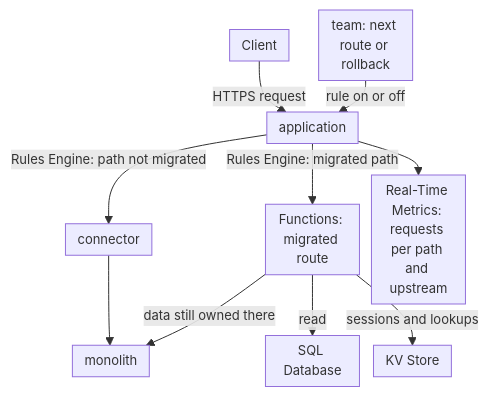
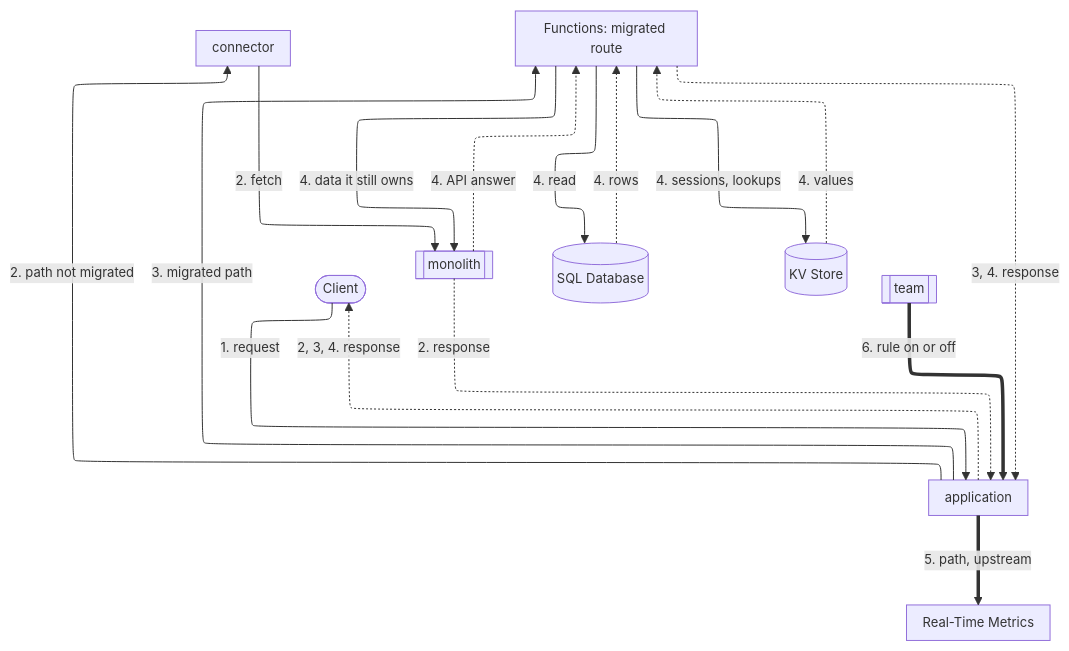
Before and after one commit to aziontech/docs: the diagram in apps/docs/src/content/docs/en/pages/architectures/edge-application/application-modernization.mdx, drawn with Mermaid. The commit also changed other lines of this file and 179 other files, not shown here.

Commit message:
docs(diagrams): redraw every other diagram in the use-case diagram style (#2513)

````diff
--- a/apps/docs/src/content/docs/en/pages/architectures/edge-application/application-modernization.mdx
+++ b/apps/docs/src/content/docs/en/pages/architectures/edge-application/application-modernization.mdx
@@ -18,13 +20,28 @@
 ```mermaid
-%%{init: {"layout": "dagre", "themeVariables": {"fontSize": "13px"}, "flowchart": {"nodeSpacing": 12, "rankSpacing": 12, "padding": 6, "wrappingWidth": 70, "minNodeWidth": 40, "useMaxWidth": true}}}%%
+%%{init: {"layout": "elk", "elk": {"cycleBreakingStrategy": "MODEL_ORDER"}, "themeVariables": {"fontSize": "13px"}, "flowchart": {"nodeSpacing": 24, "rankSpacing": 36, "padding": 8, "wrappingWidth": 150, "useMaxWidth": true}, "sequence": {"width": 120, "actorMargin": 30, "useMaxWidth": true}}}%%
 flowchart TD
-  Client["Client"] -->|"HTTPS request"| App["application"]
-  App -->|"Rules Engine: path not migrated"| Conn["connector"]
-  Conn --> Monolith["monolith"]
-  App -->|"Rules Engine: migrated path"| Fn["Functions: migrated route"]
-  Fn -->|"read"| SQL["SQL Database"]
-  Fn -->|"sessions and lookups"| KV["KV Store"]
-  Fn -->|"data still owned there"| Monolith
-  App --> Metrics["Real-Time Metrics: requests per path and upstream"]
-  Team["team: next route or rollback"] -->|"rule on or off"| App
+  Client(["Client"])
+  App["application"]
+  Conn["connector"]
+  Monolith[["monolith"]]
+  Fn["Functions: migrated route"]
+  SQL[("SQL Database")]
+  KV[("KV Store")]
+  Metrics["Real-Time Metrics"]
+  Team[["team"]]
+  Client -->|"1. request"| App
+  App -->|"2. path not migrated"| Conn
+  Conn -->|"2. fetch"| Monolith
+  App -->|"3. migrated path"| Fn
+  Fn -->|"4. read"| SQL
+  Fn -->|"4. sessions, lookups"| KV
+  Fn -->|"4. data it still owns"| Monolith
+  Monolith -.->|"2. response"| App
+  Monolith -.->|"4. API answer"| Fn
+  SQL -.->|"4. rows"| Fn
+  KV -.->|"4. values"| Fn
+  Fn -.->|"3, 4. response"| App
+  App -.->|"2, 3, 4. response"| Client
+  App ==>|"5. path, upstream"| Metrics
+  Team ==>|"6. rule on or off"| App
 ```
````
